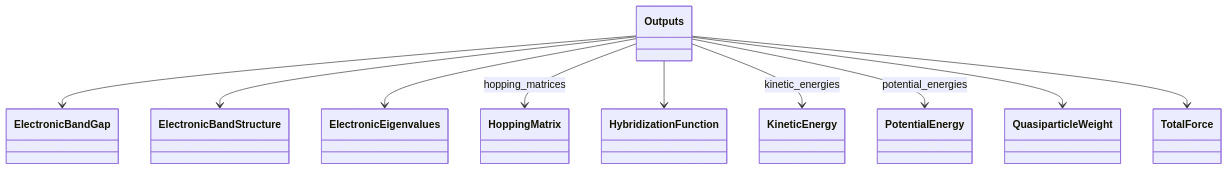
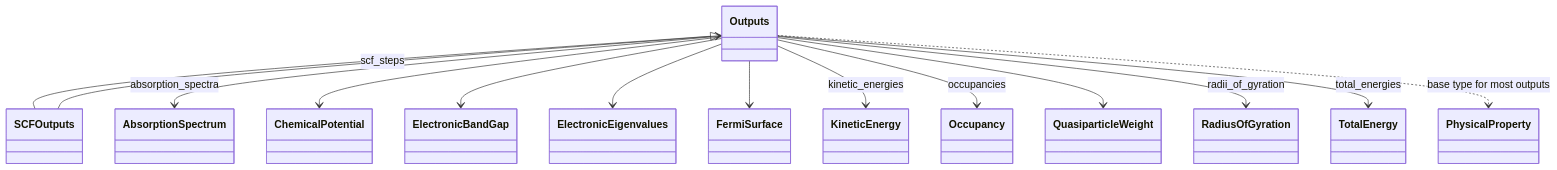
Before and after one commit to FAIRmat-NFDI/nomad-simulations: the second of 2 diagrams in docs/schema/outputs.diagram.md, drawn with Mermaid. The commit also changed other lines of this file and 41 other files, not shown here.

````diff
--- a/docs/schema/outputs.diagram.md
+++ b/docs/schema/outputs.diagram.md
@@ -63,32 +70,42 @@
 ```mermaid
 classDiagram
+    class AbsorptionSpectrum {
+    }
+    class ChemicalPotential {
+    }
     class ElectronicBandGap {
-    }
-    class ElectronicBandStructure {
     }
     class ElectronicEigenvalues {
     }
-    class HoppingMatrix {
-    }
-    class HybridizationFunction {
+    class FermiSurface {
     }
     class KineticEnergy {
     }
+    class Occupancy {
+    }
     class Outputs {
     }
-    class PotentialEnergy {
+    class PhysicalProperty {
     }
     class QuasiparticleWeight {
     }
-    class TotalForce {
+    class RadiusOfGyration {
     }
+    class SCFOutputs {
+    }
+    class TotalEnergy {
+    }
+    Outputs <|-- SCFOutputs
+    Outputs --> AbsorptionSpectrum : absorption_spectra
+    Outputs --> ChemicalPotential
     Outputs --> ElectronicBandGap
-    Outputs --> ElectronicBandStructure
     Outputs --> ElectronicEigenvalues
-    Outputs --> HoppingMatrix : hopping_matrices
-    Outputs --> HybridizationFunction
+    Outputs --> FermiSurface
     Outputs --> KineticEnergy : kinetic_energies
-    Outputs --> PotentialEnergy : potential_energies
+    Outputs --> Occupancy : occupancies
     Outputs --> QuasiparticleWeight
-    Outputs --> TotalForce
+    Outputs --> RadiusOfGyration : radii_of_gyration
+    Outputs --> TotalEnergy : total_energies
+    SCFOutputs --> Outputs : scf_steps
+    Outputs ..> PhysicalProperty : base type for most outputs
 ```
````
